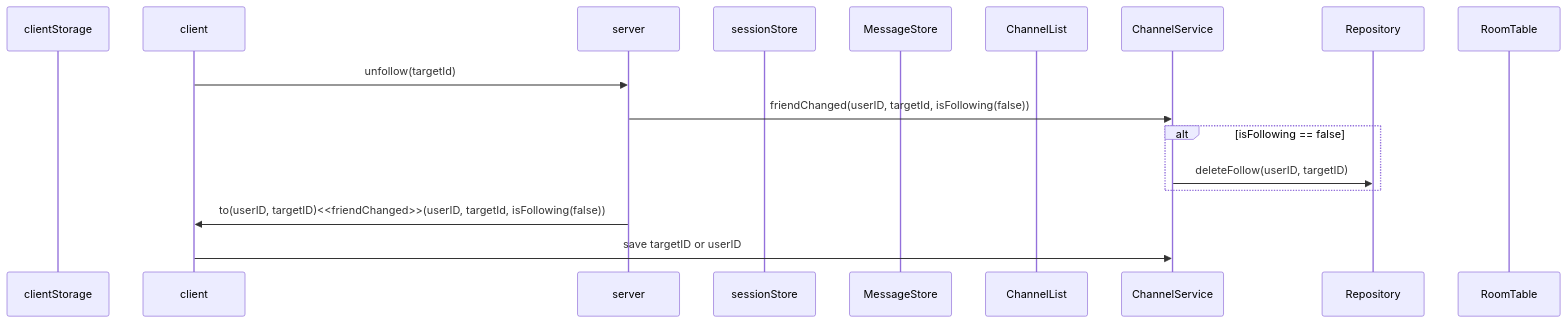
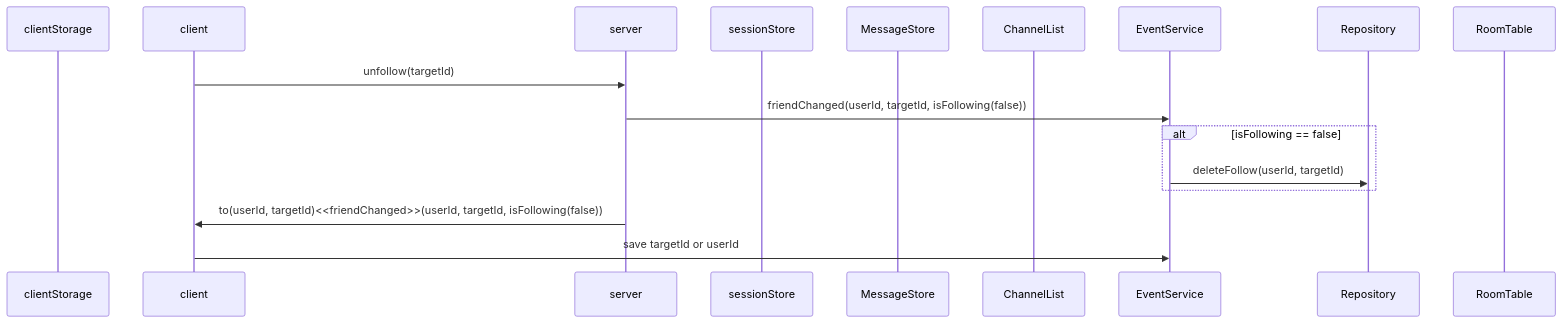
One commit to mtak0235/simmons_transcendence changed the eighth of 19 diagrams in backend/node/app/event.md. Above: the diagram before and after it, drawn with Mermaid. The commit also changed other lines of this file and 1 other file, not shown here.

````diff
--- a/backend/node/app/event.md
+++ b/backend/node/app/event.md
@@ -218,20 +195,20 @@
 ```mermaid
 sequenceDiagram
 participant cls as clientStorage
 participant c as client
 participant ga as server
 participant ss as sessionStore
 participant ms as MessageStore
 participant cns as ChannelList
-participant cs as ChannelService
+participant cs as EventService
 participant r as Repository
 participant rt as RoomTable
 
 c->>ga: unfollow(targetId)
-ga->>cs: friendChanged(userID, targetId, isFollowing(false))
+ga->>cs: friendChanged(userId, targetId, isFollowing(false))
 alt isFollowing == false
-cs->>r: deleteFollow(userID, targetID)
+cs->>r: deleteFollow(userId, targetId)
 end
-ga->>c: to(userID, targetID)<<friendChanged>>(userID, targetId, isFollowing(false))
-c->>cs: save targetID or userID
+ga->>c: to(userId, targetId)<<friendChanged>>(userId, targetId, isFollowing(false))
+c->>cs: save targetId or userId
 ```
````
